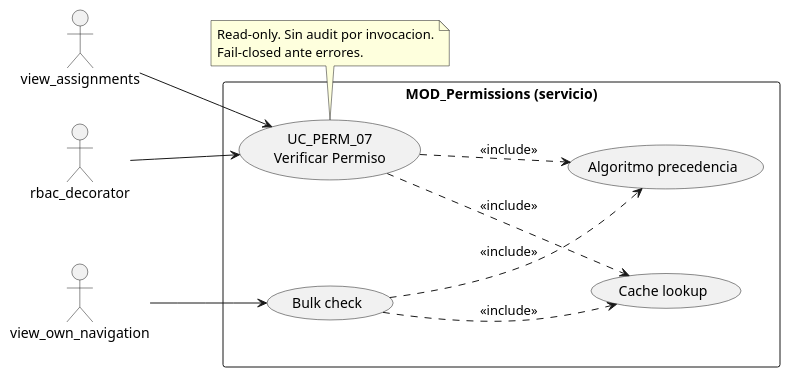
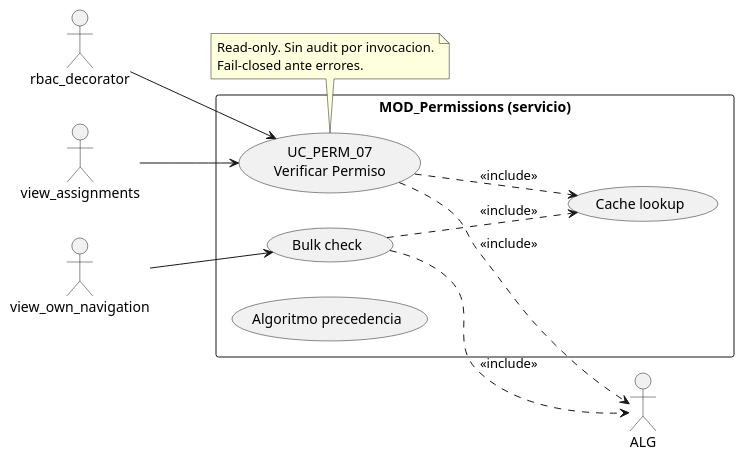
Before and after one commit to jcg-admin/IACT-docs: the diagram in source/requisitos/casos-uso/permissions/uc-perm-07/diagramas-uml/diagrama-de-caso-de-uso.rst, drawn with PlantUML. The commit also changed 47 other files, not shown here.

First line of the commit message:
Fix cryptic PlantUML aliases in UC and architecture files (STD_011)

```diff
--- a/source/requisitos/casos-uso/permissions/uc-perm-07/diagramas-uml/diagrama-de-caso-de-uso.rst
+++ b/source/requisitos/casos-uso/permissions/uc-perm-07/diagramas-uml/diagrama-de-caso-de-uso.rst
@@ -4,31 +4,31 @@
 .. uml::
  :caption: UC_PERM_07 — verificar permiso
 
  @startuml
  left to right direction
 
  actor "rbac_decorator" as rbac_decorator
  actor "view_assignments" as ADMIN
  actor "view_own_navigation" as MENU
 
  rectangle "MOD_Permissions (servicio)" {
    usecase "UC_PERM_07\nVerificar Permiso" as UC07
    usecase "Bulk check" as BULK
    usecase "Cache lookup" as CACHE
-   usecase "Algoritmo precedencia" as ALG
+   usecase "Algoritmo precedencia" as AlgoritmoPrecedencia
  }
 
  rbac_decorator --> UC07
  ADMIN --> UC07
  MENU --> BULK
  UC07 ..> CACHE : <<include>>
  UC07 ..> ALG : <<include>>
  BULK ..> CACHE : <<include>>
  BULK ..> ALG : <<include>>
 
  note bottom of UC07
    Read-only. Sin audit por invocacion.
    Fail-closed ante errores.
  end note
 
  @enduml
```
